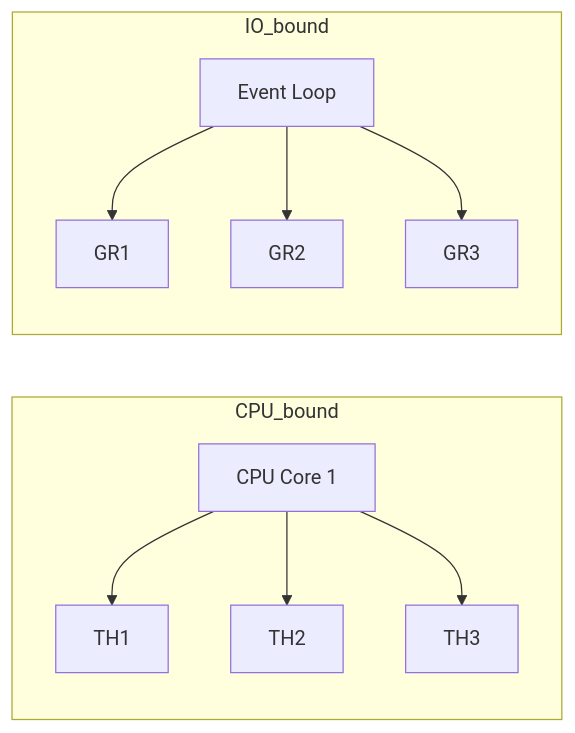
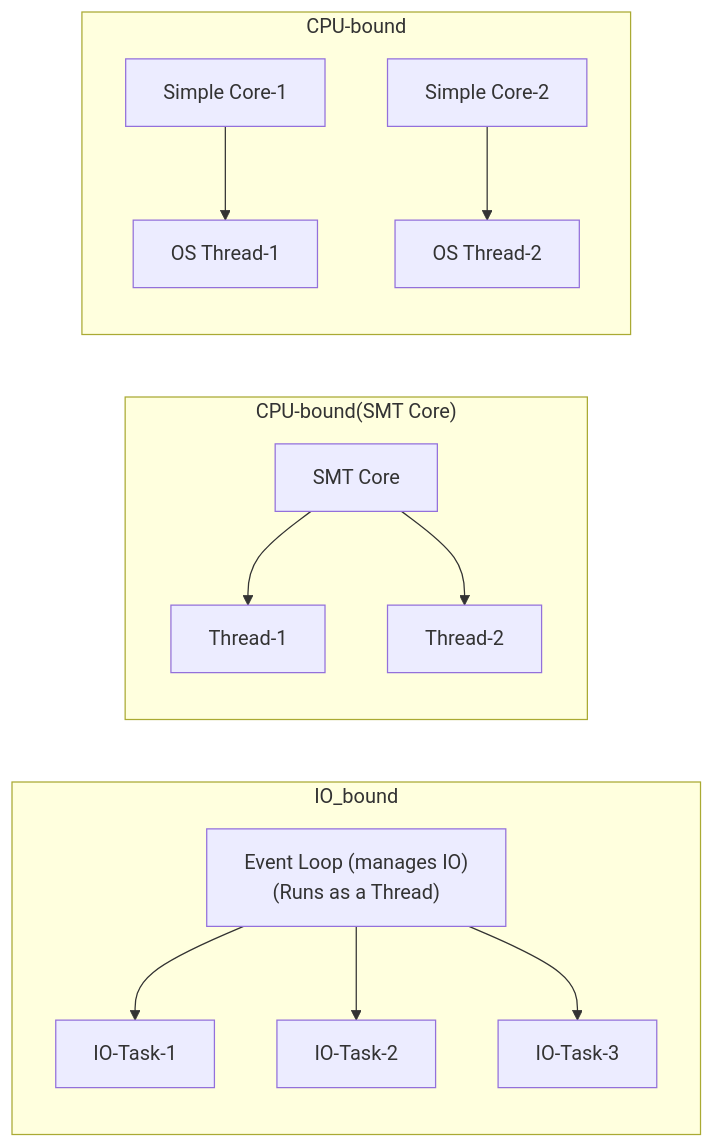
Before and after one commit to alohamujeeb/alohamujeeb.github.io: the second of 3 diagrams in docs/programming/languages/golang101/11-goroutines.md, drawn with Mermaid. The commit also changed other lines of this file, not shown here.

````diff
--- a/docs/programming/languages/golang101/11-goroutines.md
+++ b/docs/programming/languages/golang101/11-goroutines.md
@@ -113,18 +125,24 @@
 ```mermaid
 graph LR
-  subgraph CPU_bound
-    CPU["CPU Core 1"]
-    CPU --> TH1["TH1"]
-    CPU --> TH2["TH2"]
-    CPU --> TH3["TH3"]
+  subgraph IO_bound
+    LOOP["Event Loop (manages IO)<br/>(Runs as a Thread)"]
+    LOOP --> IO-Task-1["IO-Task-1"]
+    LOOP --> IO-Task-2["IO-Task-2"]
+    LOOP --> IO-Task-3["IO-Task-3"]
   end
   
 
-  subgraph IO_bound
-    LOOP["Event Loop"]
-    LOOP --> GR1["GR1"]
-    LOOP --> GR2["GR2"]
-    LOOP --> GR3["GR3"]
+ 
+   subgraph "CPU-bound(SMT Core)"
+    MCPU["SMT Core"]
+    MCPU --> MTh1["Thread-1"]
+    MCPU --> MTh2["Thread-2"]
   end
 
+  subgraph "CPU-bound"
+    CPU["Simple Core-1"]
+    CPU --> Th1["OS Thread-1"]
+    CPU2["Simple Core-2"]
+    CPU2 --> Th2["OS Thread-2"]
+  end
 ```
````
